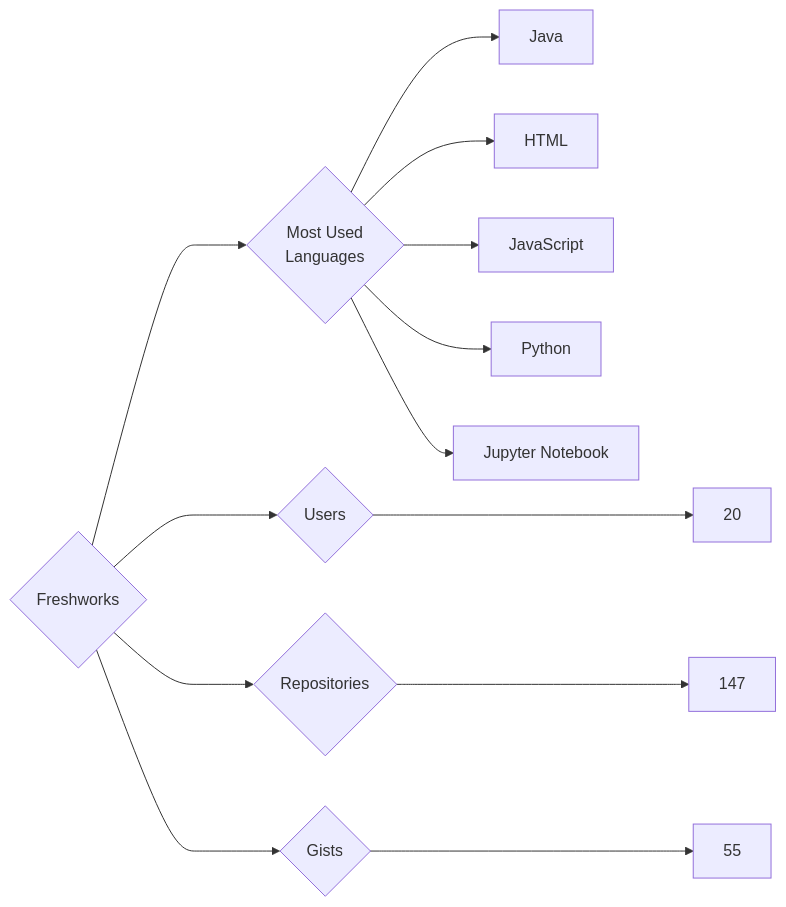
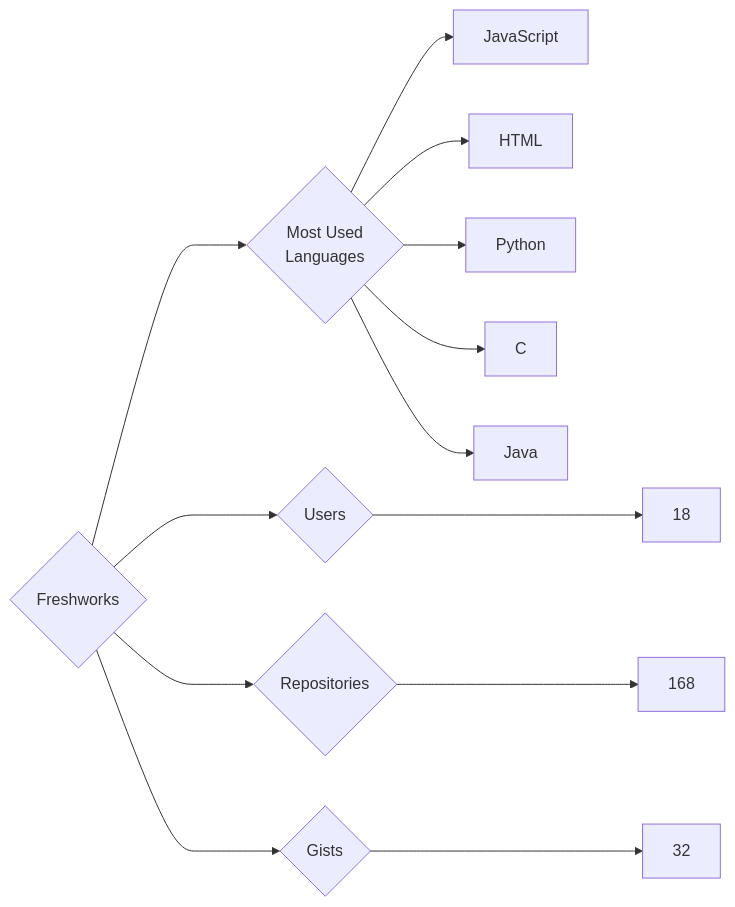
Before and after one commit to trickest/insiders: the diagram in targets/Freshworks/README.md, drawn with Mermaid. The commit also changed 847 other files, not shown here.

````diff
--- a/targets/Freshworks/README.md
+++ b/targets/Freshworks/README.md
@@ -3,13 +3,13 @@
 ```mermaid
 graph LR
 COMPANY_NAME{Freshworks}
-COMPANY_NAME ---> U{Users} ---> UN[20]
-COMPANY_NAME ---> R{Repositories} ---> RN[147]
-COMPANY_NAME ---> G{Gists} ---> GN[55]
+COMPANY_NAME ---> U{Users} ---> UN[18]
+COMPANY_NAME ---> R{Repositories} ---> RN[168]
+COMPANY_NAME ---> G{Gists} ---> GN[32]
 COMPANY_NAME ---> ML{Most Used<br>Languages}
+ML --> JavaScript[JavaScript]
+ML --> HTML[HTML]
+ML --> Python[Python]
+ML --> C[C]
 ML --> Java[Java]
-ML --> HTML[HTML]
-ML --> JavaScript[JavaScript]
-ML --> Python[Python]
-ML --> Jupyter_Notebook[Jupyter Notebook]
 ```
````
